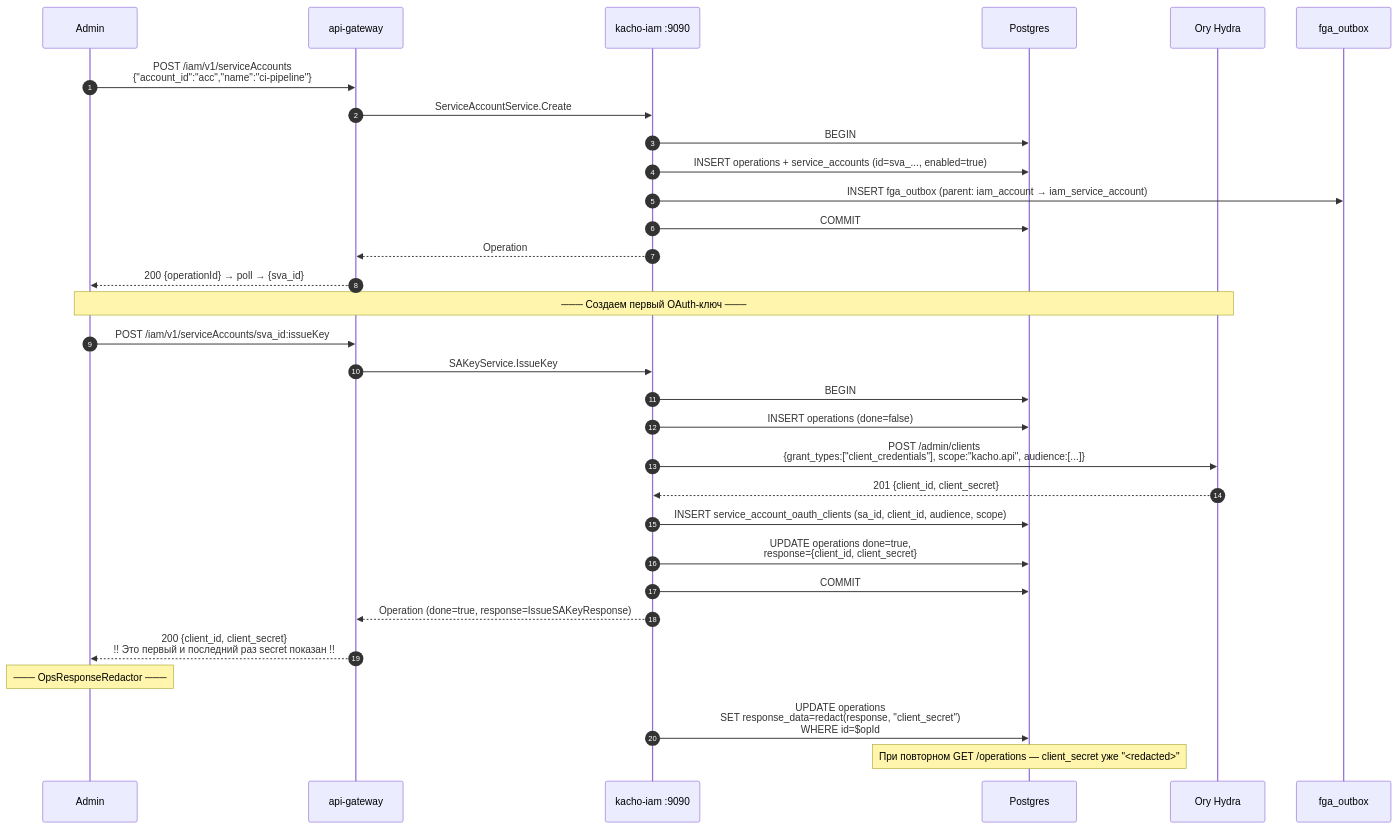
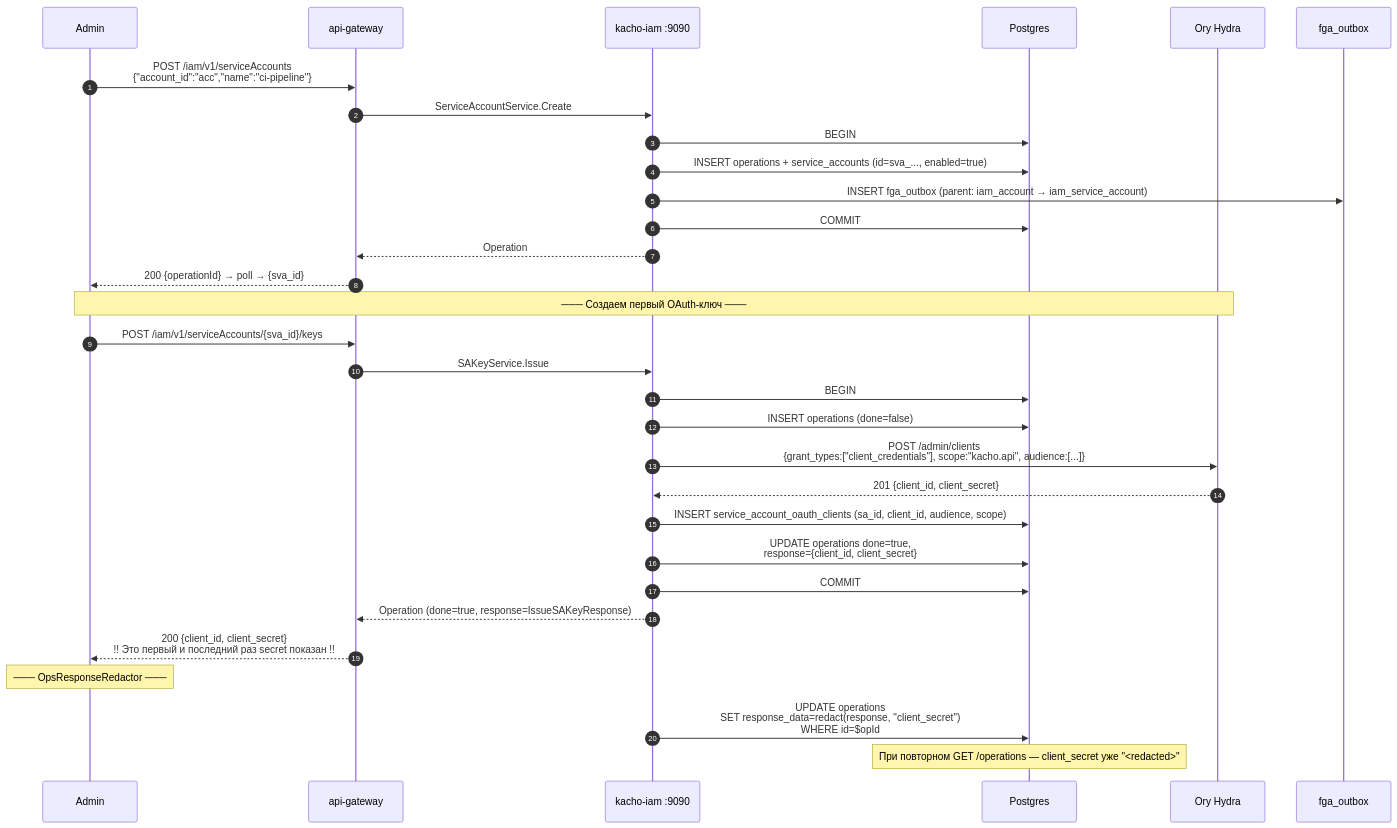
Before and after one commit to PRO-Robotech/kacho: the diagram in services/iam/docs/engineering/components/04-service-account.md, drawn with Mermaid. The commit also changed other lines of this file and 37 other files, not shown here.

````diff
--- a/services/iam/docs/engineering/components/04-service-account.md
+++ b/services/iam/docs/engineering/components/04-service-account.md
@@ -51,36 +51,36 @@
 ```mermaid
 sequenceDiagram
     autonumber
     participant Admin
     participant GW as api-gateway
     participant IAM as kacho-iam :9090
     participant DB as Postgres
     participant Hydra as Ory Hydra
     participant Out as fga_outbox
 
     Admin->>GW: POST /iam/v1/serviceAccounts<br/>{"account_id":"acc","name":"ci-pipeline"}
     GW->>IAM: ServiceAccountService.Create
     IAM->>DB: BEGIN
     IAM->>DB: INSERT operations + service_accounts (id=sva_..., enabled=true)
     IAM->>Out: INSERT fga_outbox (parent: iam_account → iam_service_account)
     IAM->>DB: COMMIT
     IAM-->>GW: Operation
     GW-->>Admin: 200 {operationId} → poll → {sva_id}
 
     Note over Admin,Hydra: ─── Создаем первый OAuth-ключ ───
-    Admin->>GW: POST /iam/v1/serviceAccounts/sva_id:issueKey
-    GW->>IAM: SAKeyService.IssueKey
+    Admin->>GW: POST /iam/v1/serviceAccounts/{sva_id}/keys
+    GW->>IAM: SAKeyService.Issue
     IAM->>DB: BEGIN
     IAM->>DB: INSERT operations (done=false)
     IAM->>Hydra: POST /admin/clients<br/>{grant_types:["client_credentials"], scope:"kacho.api", audience:[...]}
     Hydra-->>IAM: 201 {client_id, client_secret}
     IAM->>DB: INSERT service_account_oauth_clients (sa_id, client_id, audience, scope)
     IAM->>DB: UPDATE operations done=true,<br/>response={client_id, client_secret}
     IAM->>DB: COMMIT
     IAM-->>GW: Operation (done=true, response=IssueSAKeyResponse)
     GW-->>Admin: 200 {client_id, client_secret}<br/>!! Это первый и последний раз secret показан !!
 
     Note over Admin: ─── OpsResponseRedactor ───
     IAM->>DB: UPDATE operations<br/>SET response_data=redact(response, "client_secret")<br/>WHERE id=$opId
     Note over DB: При повторном GET /operations — client_secret уже "<redacted>"
 ```
````
